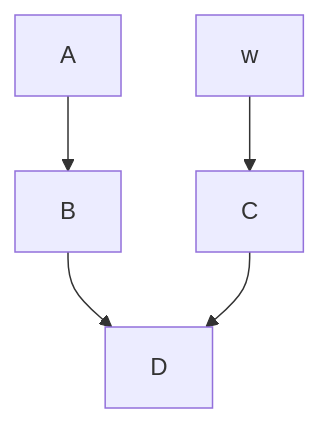
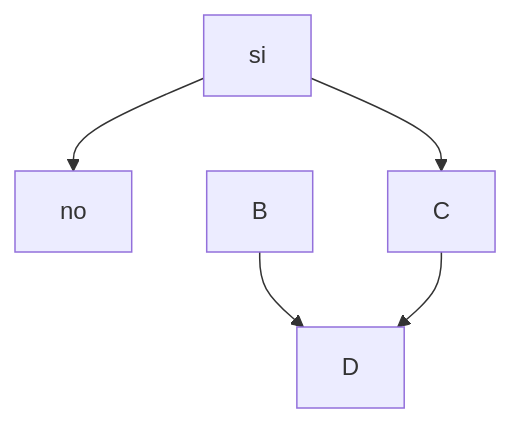
Before and after one commit to sofiaotero-ascii/mi_proyecto_tierno: the diagram in README.md, drawn with Mermaid.

````diff
--- a/README.md
+++ b/README.md
@@ -2,7 +2,7 @@
  ```mermaid
 graph TD;
-    A-->B;
-    w-->C;
+    si-->no;
+    si-->C;
     B-->D;
     C-->D;
 ```
````
